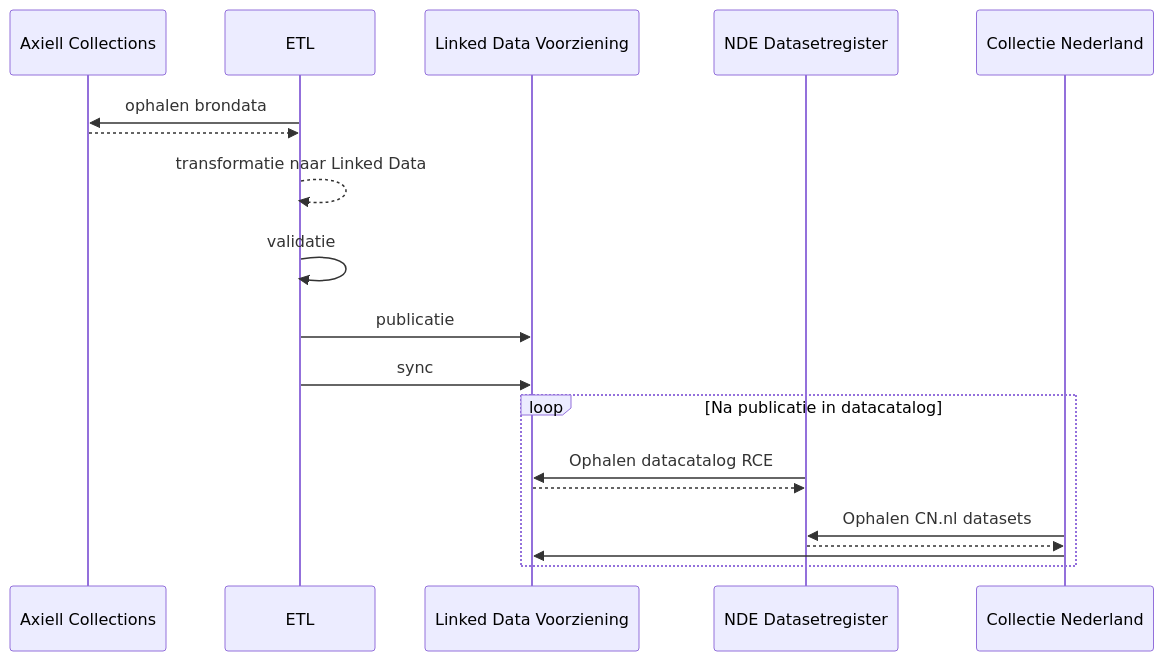
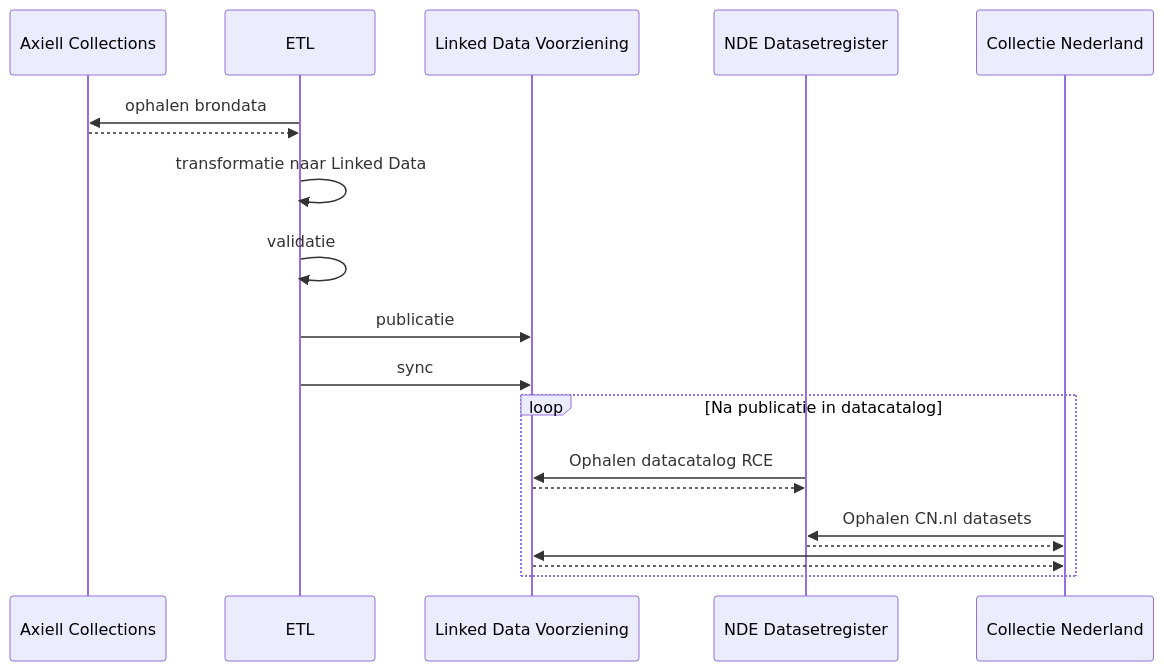
Before and after one commit to cultureelerfgoed/kunstcollecties-etl: the first of 2 diagrams in README.md, drawn with Mermaid.

Commit message:
chg freq diagram

````diff
--- a/README.md
+++ b/README.md
@@ -22,22 +22,23 @@
 ```mermaid
 sequenceDiagram;
     participant Axiell Collections 
     participant ETL
     participant Linked Data Voorziening
     participant NDE Datasetregister
     participant Collectie Nederland
 
     ETL->>Axiell Collections:ophalen brondata
     Axiell Collections-->>ETL:
-    ETL-->>ETL:transformatie naar Linked Data
+    ETL->>ETL:transformatie naar Linked Data
     ETL->>ETL:validatie 
     ETL->>Linked Data Voorziening:publicatie
     ETL->>Linked Data Voorziening:sync
     loop Na publicatie in datacatalog
         NDE Datasetregister->>Linked Data Voorziening: Ophalen datacatalog RCE
         Linked Data Voorziening-->>NDE Datasetregister:
         Collectie Nederland->>NDE Datasetregister: Ophalen CN.nl datasets 
         NDE Datasetregister-->>Collectie Nederland: 
         Collectie Nederland->>Linked Data Voorziening:
+        Linked Data Voorziening-->>Collectie Nederland:
     end
 ```
````
